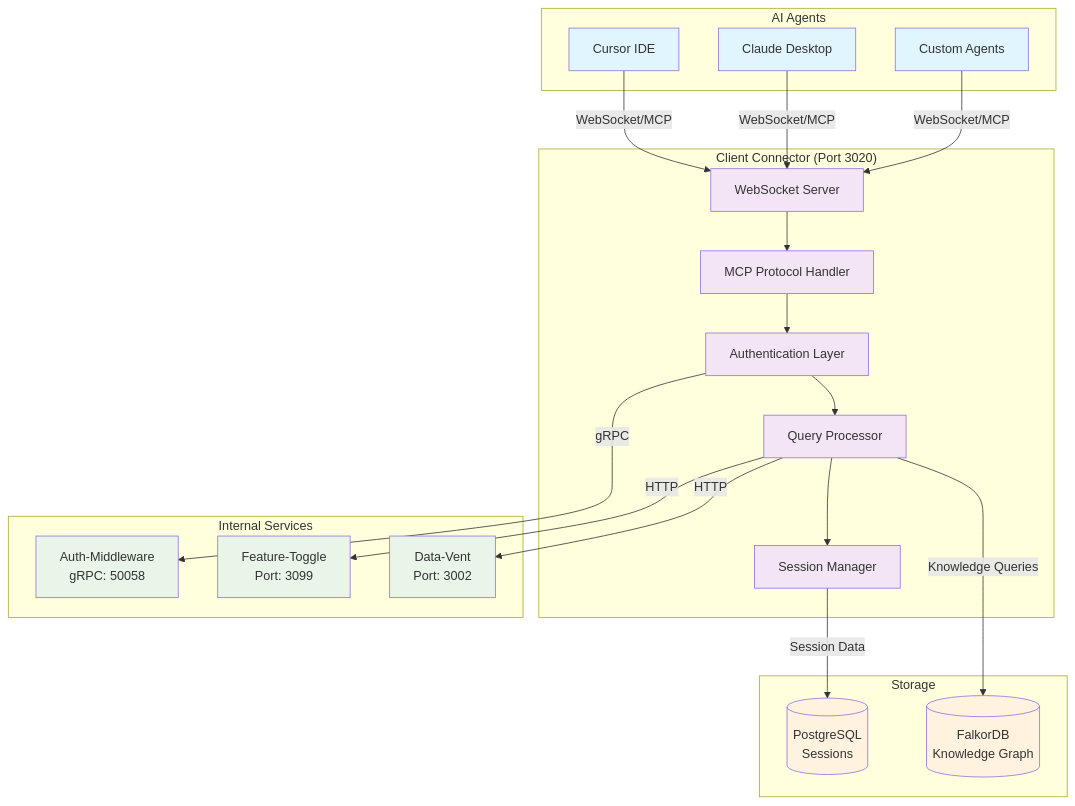
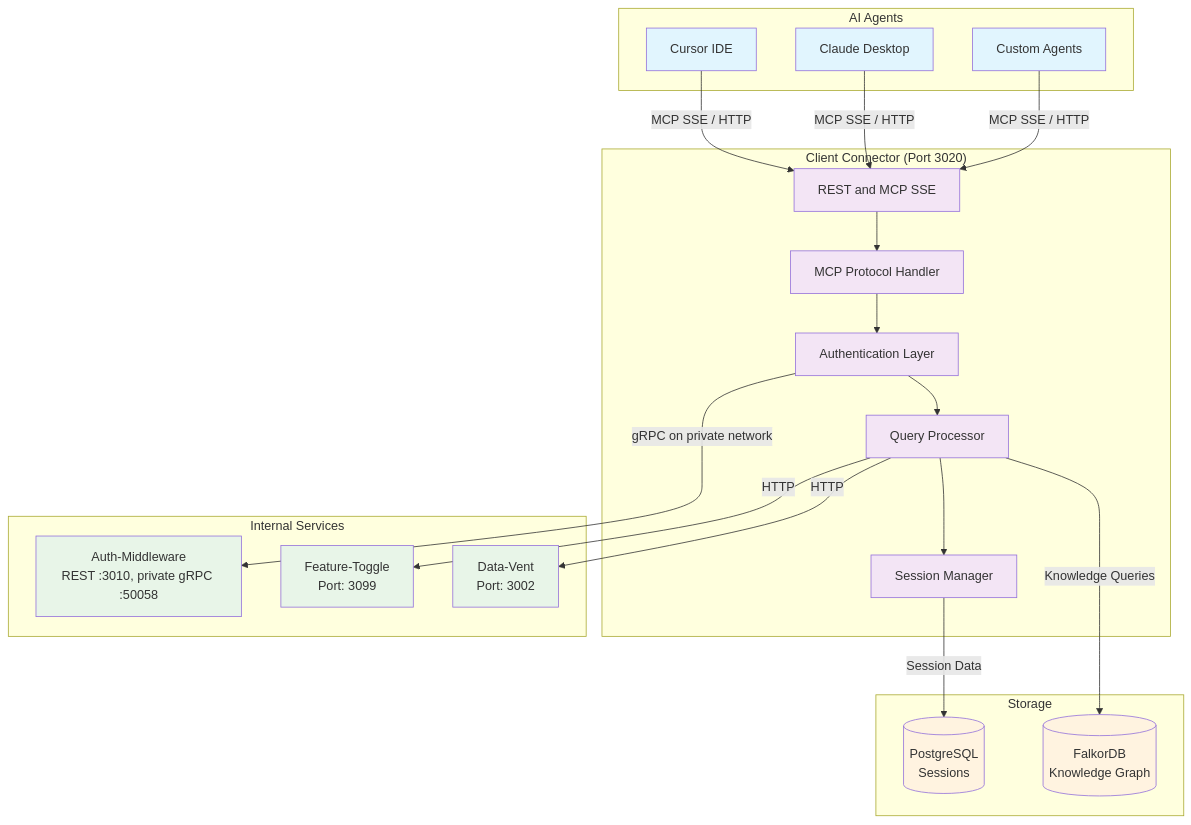
Before and after one commit to dev-ConFuse/client-connector: the first of 3 diagrams in docs/architecture.md, drawn with Mermaid. The commit also changed other lines of this file and 5 other files, not shown here.

````diff
--- a/docs/architecture.md
+++ b/docs/architecture.md
@@ -7,58 +10,58 @@
 ```mermaid
 graph TB
     %% External Layer
     subgraph "AI Agents"
         Cursor[Cursor IDE]
         Claude[Claude Desktop]
         Custom[Custom Agents]
     end
     
     %% Gateway Layer
     subgraph "Client Connector (Port 3020)"
-        WS[WebSocket Server]
+        HTTP[REST and MCP SSE]
         MCP[MCP Protocol Handler]
         Auth[Authentication Layer]
         QP[Query Processor]
         SM[Session Manager]
     end
     
     %% Service Layer
     subgraph "Internal Services"
-        AuthMW[Auth-Middleware<br/>gRPC: 50058]
+        AuthMW[Auth-Middleware<br/>REST :3010, private gRPC :50058]
         FT[Feature-Toggle<br/>Port: 3099]
         DV[Data-Vent<br/>Port: 3002]
     end
     
     %% Data Layer
     subgraph "Storage"
         PG[(PostgreSQL<br/>Sessions)]
         FDB[(FalkorDB<br/>Knowledge Graph)]
     end
     
     %% Connections
-    Cursor -->|WebSocket/MCP| WS
-    Claude -->|WebSocket/MCP| WS
-    Custom -->|WebSocket/MCP| WS
+    Cursor -->|MCP SSE / HTTP| HTTP
+    Claude -->|MCP SSE / HTTP| HTTP
+    Custom -->|MCP SSE / HTTP| HTTP
     
-    WS --> MCP
+    HTTP --> MCP
     MCP --> Auth
     Auth --> QP
     QP --> SM
     
-    Auth -->|gRPC| AuthMW
+    Auth -->|gRPC on private network| AuthMW
     QP -->|HTTP| FT
     QP -->|HTTP| DV
     
     SM -->|Session Data| PG
     QP -->|Knowledge Queries| FDB
     
     classDef agent fill:#e1f5fe
     classDef gateway fill:#f3e5f5
     classDef service fill:#e8f5e8
     classDef storage fill:#fff3e0
     
     class Cursor,Claude,Custom agent
-    class WS,MCP,Auth,QP,SM gateway
+    class HTTP,MCP,Auth,QP,SM gateway
     class AuthMW,FT,DV service
     class PG,FDB storage
 ```
````
